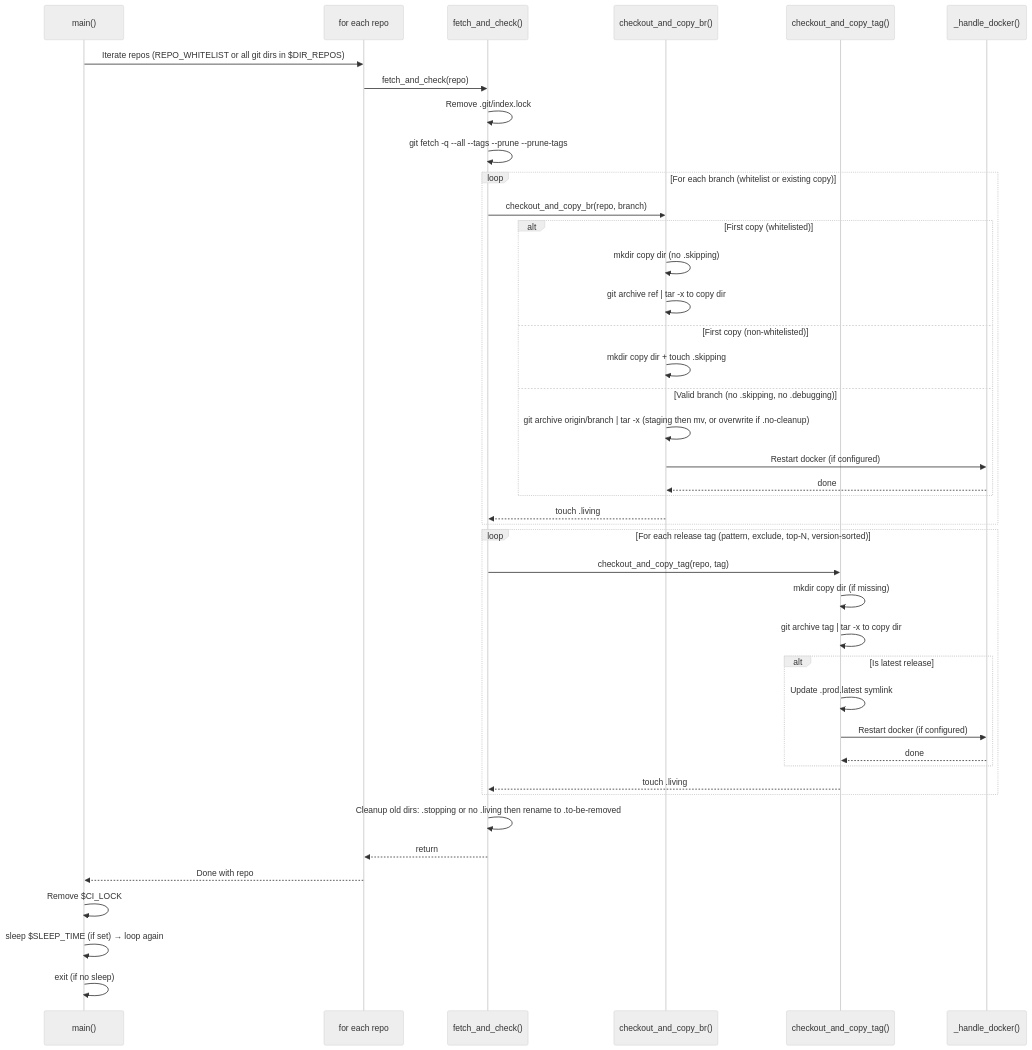
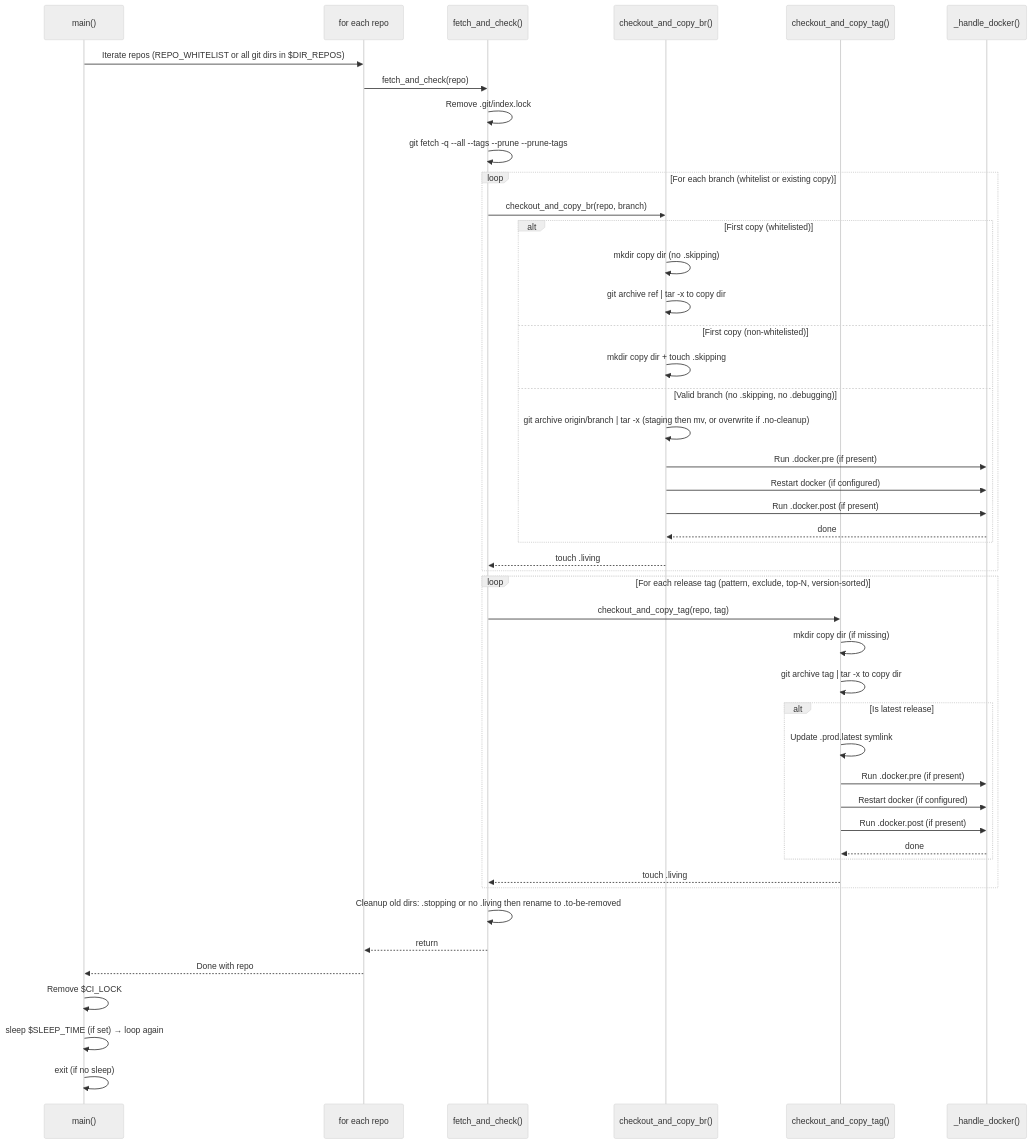
Before and after one commit to jfding/git-supervisor: the diagram in docs/imgs/seqdiagram.mmd, drawn with Mermaid (neutral theme). The commit also changed 6 other files, not shown here.

Commit message:
Add docker restart pre/post hook job support

```diff
--- a/docs/imgs/seqdiagram.mmd
+++ b/docs/imgs/seqdiagram.mmd
@@ -1,49 +1,53 @@
 sequenceDiagram
     participant Main as main()
     participant RepoLoop as for each repo
     participant Fetch as fetch_and_check()
     participant Branch as checkout_and_copy_br()
     participant Tag as checkout_and_copy_tag()
     participant Docker as _handle_docker()
 
     Main->>RepoLoop: Iterate repos (REPO_WHITELIST or all git dirs in $DIR_REPOS)
     RepoLoop->>Fetch: fetch_and_check(repo)
 
     Fetch->>Fetch: Remove .git/index.lock
     Fetch->>Fetch: git fetch -q --all --tags --prune --prune-tags
 
     loop For each branch (whitelist or existing copy)
         Fetch->>Branch: checkout_and_copy_br(repo, branch)
         alt First copy (whitelisted)
             Branch->>Branch: mkdir copy dir (no .skipping)
             Branch->>Branch: git archive ref | tar -x to copy dir
         else First copy (non-whitelisted)
             Branch->>Branch: mkdir copy dir + touch .skipping
         else Valid branch (no .skipping, no .debugging)
             Branch->>Branch: git archive origin/branch | tar -x (staging then mv, or overwrite if .no-cleanup)
+            Branch->>Docker: Run .docker.pre (if present)
             Branch->>Docker: Restart docker (if configured)
+            Branch->>Docker: Run .docker.post (if present)
             Docker-->>Branch: done
         end
         Branch-->>Fetch: touch .living
     end
 
     loop For each release tag (pattern, exclude, top-N, version-sorted)
         Fetch->>Tag: checkout_and_copy_tag(repo, tag)
         Tag->>Tag: mkdir copy dir (if missing)
         Tag->>Tag: git archive tag | tar -x to copy dir
         alt Is latest release
             Tag->>Tag: Update .prod.latest symlink
+            Tag->>Docker: Run .docker.pre (if present)
             Tag->>Docker: Restart docker (if configured)
+            Tag->>Docker: Run .docker.post (if present)
             Docker-->>Tag: done
         end
         Tag-->>Fetch: touch .living
     end
 
     Fetch->>Fetch: Cleanup old dirs: .stopping or no .living then rename to .to-be-removed
 
     Fetch-->>RepoLoop: return
     RepoLoop-->>Main: Done with repo
 
     Main->>Main: Remove $CI_LOCK
     Main->>Main: sleep $SLEEP_TIME (if set) → loop again
     Main->>Main: exit (if no sleep)
```
